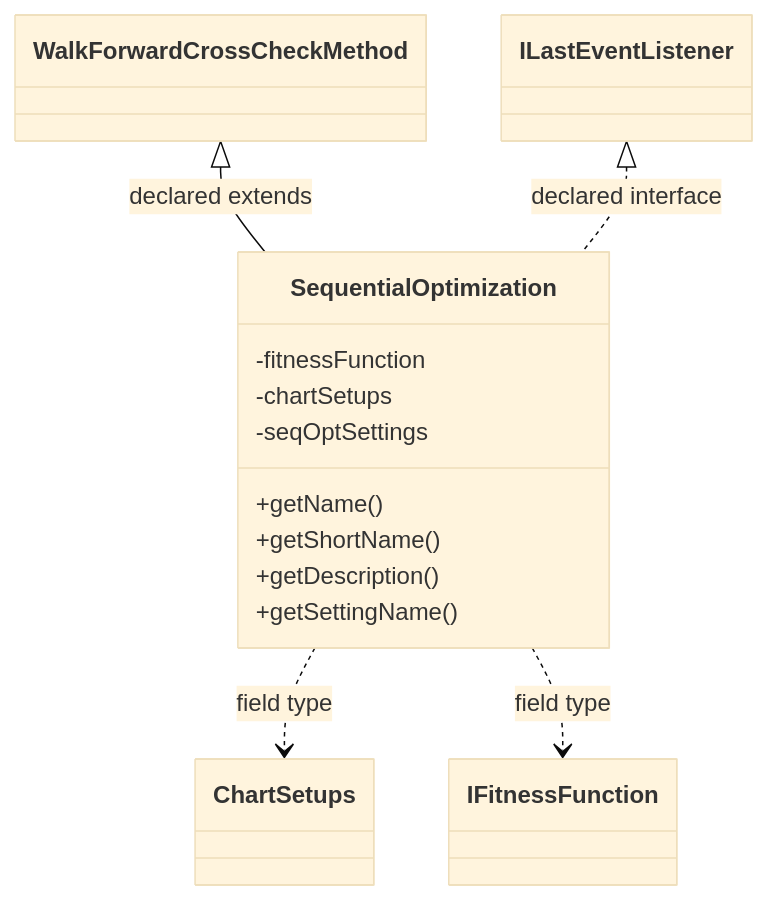
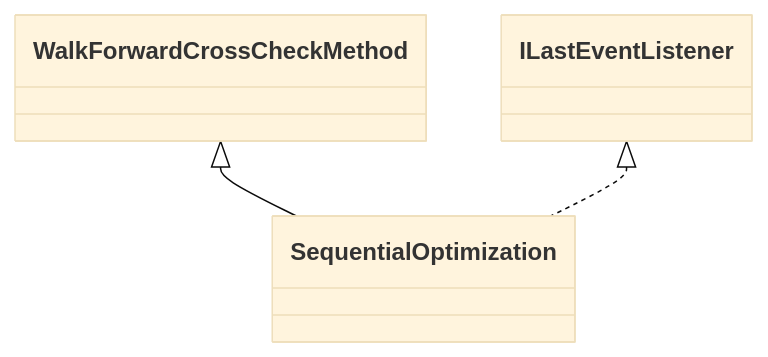
Before and after one commit to haruperi/HaruQuantAI: the diagram in docs/sqx/Shared/CrossCheckSequentialOptimization.md, drawn with Mermaid (base theme). The commit also changed other lines of this file and 1688 other files, not shown here.

````diff
--- a/docs/sqx/Shared/CrossCheckSequentialOptimization.md
+++ b/docs/sqx/Shared/CrossCheckSequentialOptimization.md
@@ -30,20 +26,8 @@
 ```mermaid
 classDiagram
-    class Cd4d230eb0688["SequentialOptimization"] {
-        -fitnessFunction
-        -chartSetups
-        -seqOptSettings
-        +getName()
-        +getShortName()
-        +getDescription()
-        +getSettingName()
-    }
-    class C04861b02b3ff["WalkForwardCrossCheckMethod"]
-    class C55f0a4ad5297["ChartSetups"]
-    class C76653c322567["IFitnessFunction"]
-    class C1295ffcc9568["ILastEventListener"]
-    C04861b02b3ff <|-- Cd4d230eb0688 : declared extends
-    C1295ffcc9568 <|.. Cd4d230eb0688 : declared interface
-    Cd4d230eb0688 ..> C55f0a4ad5297 : field type
-    Cd4d230eb0688 ..> C76653c322567 : field type
+    class C0["SequentialOptimization"]
+    class E0["WalkForwardCrossCheckMethod"]
+    E0 <|-- C0
+    class E1["ILastEventListener"]
+    E1 <|.. C0
 ```
````
